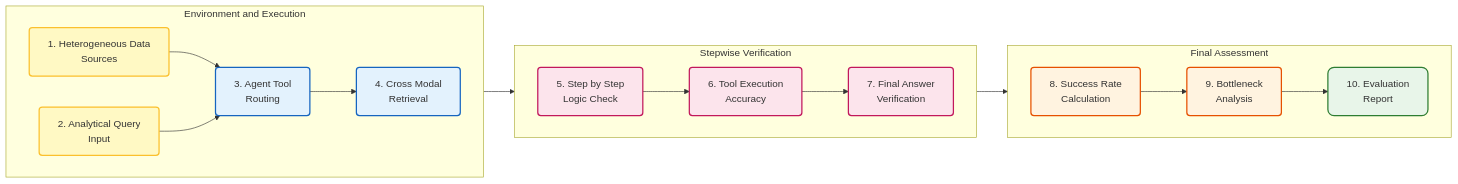
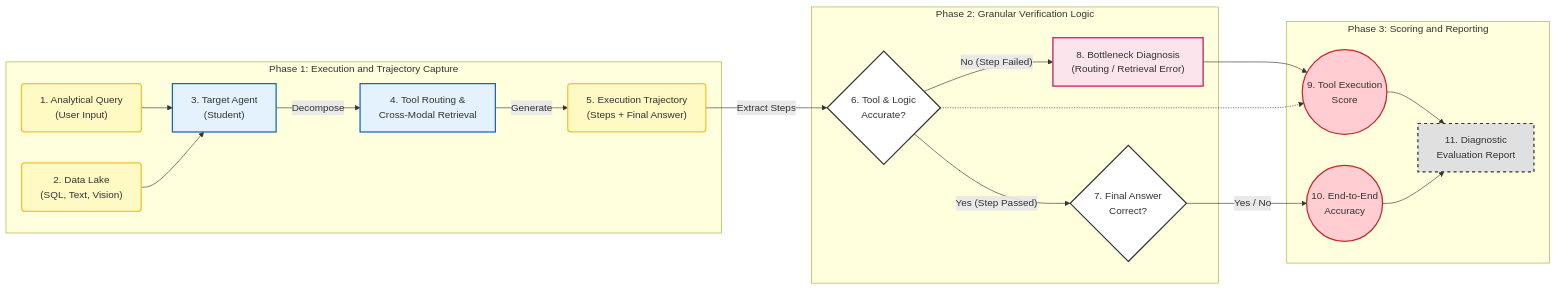
The sixth of 6 diagrams in Literature Review/brief report 3.md (hhtrocket/HHT-Benchmark-dataset), drawn with Mermaid before and after one commit.

Commit message:
Update brief report 3.md

````diff
--- a/Literature Review/brief report 3.md
+++ b/Literature Review/brief report 3.md
@@ -296,42 +296,51 @@
 ```mermaid
 graph LR
-    classDef phase1 fill:#e3f2fd,stroke:#1565c0,stroke-width:2px,rx:5,ry:5;
-    classDef phase2 fill:#fce4ec,stroke:#c2185b,stroke-width:2px,rx:5,ry:5;
-    classDef phase3 fill:#fff3e0,stroke:#e65100,stroke-width:2px,rx:5,ry:5;
+    %% Style Definitions
     classDef input fill:#fff9c4,stroke:#fbc02d,stroke-width:2px,rx:5,ry:5;
-    classDef report fill:#e8f5e9,stroke:#2e7d32,stroke-width:2px,rx:10,ry:10;
+    classDef phase1 fill:#e3f2fd,stroke:#1565c0,stroke-width:2px;
+    classDef phase2 fill:#fce4ec,stroke:#c2185b,stroke-width:2px;
+    classDef decision fill:#ffffff,stroke:#333,stroke-width:2px,shape:diamond;
+    classDef score fill:#ffcdd2,stroke:#c62828,stroke-width:2px,rx:50,ry:50;
+    classDef report fill:#e0e0e0,stroke:#333,stroke-width:2px,stroke-dasharray: 5 5;
 
-    subgraph Environment and Execution
-        direction LR
-        N1["1. Heterogeneous Data<br/>Sources"]:::input
-        N2["2. Analytical Query<br/>Input"]:::input
-        N3["3. Agent Tool<br/>Routing"]:::phase1
-        N4["4. Cross Modal<br/>Retrieval"]:::phase1
+    %% === Phase 1: Heterogeneous Execution ===
+    subgraph Phase1 ["Phase 1: Execution and Trajectory Capture"]
+        Query["1. Analytical Query<br/>(User Input)"]:::input
+        DataLake["2. Data Lake<br/>(SQL, Text, Vision)"]:::input
         
-        N1 --> N3
-        N2 --> N3
-        N3 --> N4
+        Agent["3. Target Agent<br/>(Student)"]:::phase1
+        Routing["4. Tool Routing &<br/>Cross-Modal Retrieval"]:::phase1
+        
+        Trajectory["5. Execution Trajectory<br/>(Steps + Final Answer)"]:::input
+
+        Query --> Agent
+        DataLake --> Agent
+        Agent -->|Decompose| Routing
+        Routing -->|Generate| Trajectory
     end
 
-    subgraph  Stepwise Verification
-        direction LR
-        N5["5. Step by Step<br/>Logic Check"]:::phase2
-        N6["6. Tool Execution<br/>Accuracy"]:::phase2
-        N7["7. Final Answer<br/>Verification"]:::phase2
-        
-        N4 --> N5
-        N5 --> N6
-        N6 --> N7
+    %% === Phase 2: Multi-Granularity Evaluation ===
+    subgraph Phase2 ["Phase 2: Granular Verification Logic"]
+        StepCheck{"6. Tool & Logic<br/>Accurate?"}:::decision
+        FinalCheck{"7. Final Answer<br/>Correct?"}:::decision
+        Bottleneck["8. Bottleneck Diagnosis<br/>(Routing / Retrieval Error)"]:::phase2
+
+        Trajectory -->|Extract Steps| StepCheck
+        StepCheck --"No (Step Failed)"--> Bottleneck
+        StepCheck --"Yes (Step Passed)"--> FinalCheck
     end
 
-    subgraph  Final Assessment
-        direction LR
-        N8["8. Success Rate<br/>Calculation"]:::phase3
-        N9["9. Bottleneck<br/>Analysis"]:::phase3
-        N10["10. Evaluation<br/>Report"]:::report
+    %% === Phase 3: Final Assessment ===
+    subgraph Phase3 ["Phase 3: Scoring and Reporting"]
+        M1(("9. Tool Execution<br/>Score")):::score
+        M2(("10. End-to-End<br/>Accuracy")):::score
+        Report["11. Diagnostic<br/>Evaluation Report"]:::report
+
+        Bottleneck --> M1
+        StepCheck -.-> M1
+        FinalCheck --"Yes / No"--> M2
         
-        N7 --> N8
-        N8 --> N9
-        N9 --> N10
+        M1 --> Report
+        M2 --> Report
     end
 ```
````
